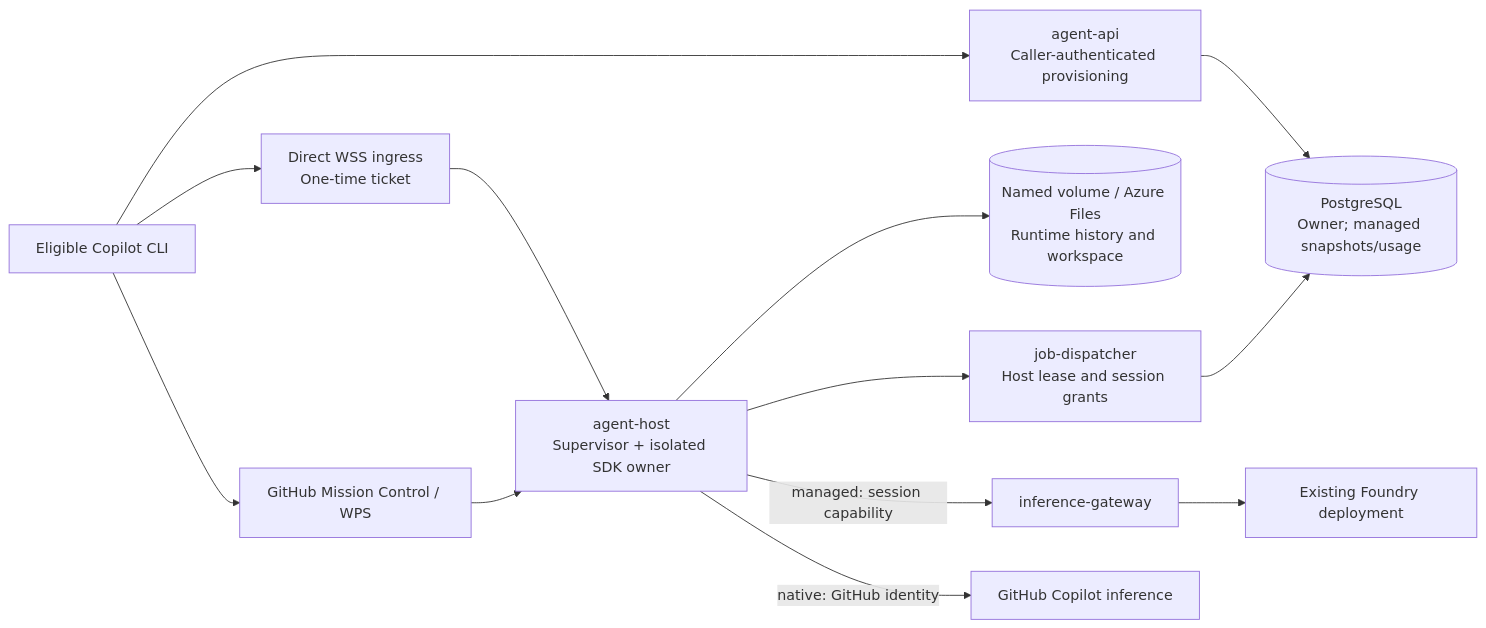
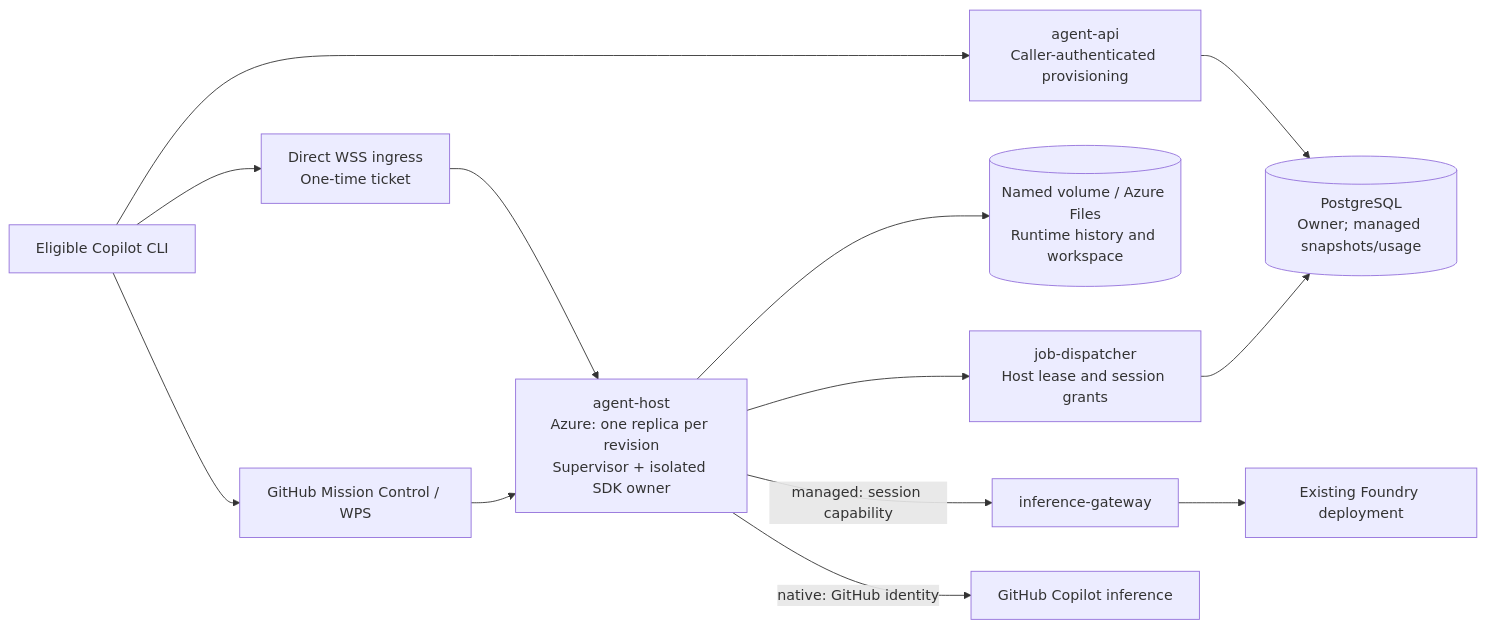
Before and after one commit to patniko/copilot-sdk-aspire: the first of 5 diagrams in docs/ARCHITECTURE.md, drawn with Mermaid. The commit also changed other lines of this file and 16 other files, not shown here.

First line of the commit message:
Deploy GitHub-native host with explicit Azure storage and singleton scale

````diff
--- a/docs/ARCHITECTURE.md
+++ b/docs/ARCHITECTURE.md
@@ -74,22 +74,22 @@
 ```mermaid
 flowchart LR
     CLI["Eligible Copilot CLI"]
     Provision["agent-api<br/>Caller-authenticated provisioning"]
     Direct["Direct WSS ingress<br/>One-time ticket"]
     MC["GitHub Mission Control / WPS"]
-    Host["agent-host<br/>Supervisor + isolated SDK owner"]
+    Host["agent-host<br/>Azure: one replica per revision<br/>Supervisor + isolated SDK owner"]
     State[("Named volume / Azure Files<br/>Runtime history and workspace")]
     Dispatch["job-dispatcher<br/>Host lease and session grants"]
     Ledger[("PostgreSQL<br/>Owner; managed snapshots/usage")]
     Gateway["inference-gateway"]
     Foundry["Existing Foundry deployment"]
     Copilot["GitHub Copilot inference"]
     CLI --> Provision
     CLI --> Direct --> Host
     CLI --> MC --> Host
     Host --> State
     Host --> Dispatch --> Ledger
     Provision --> Ledger
     Host -->|managed: session capability| Gateway --> Foundry
     Host -->|native: GitHub identity| Copilot
 ```
````
